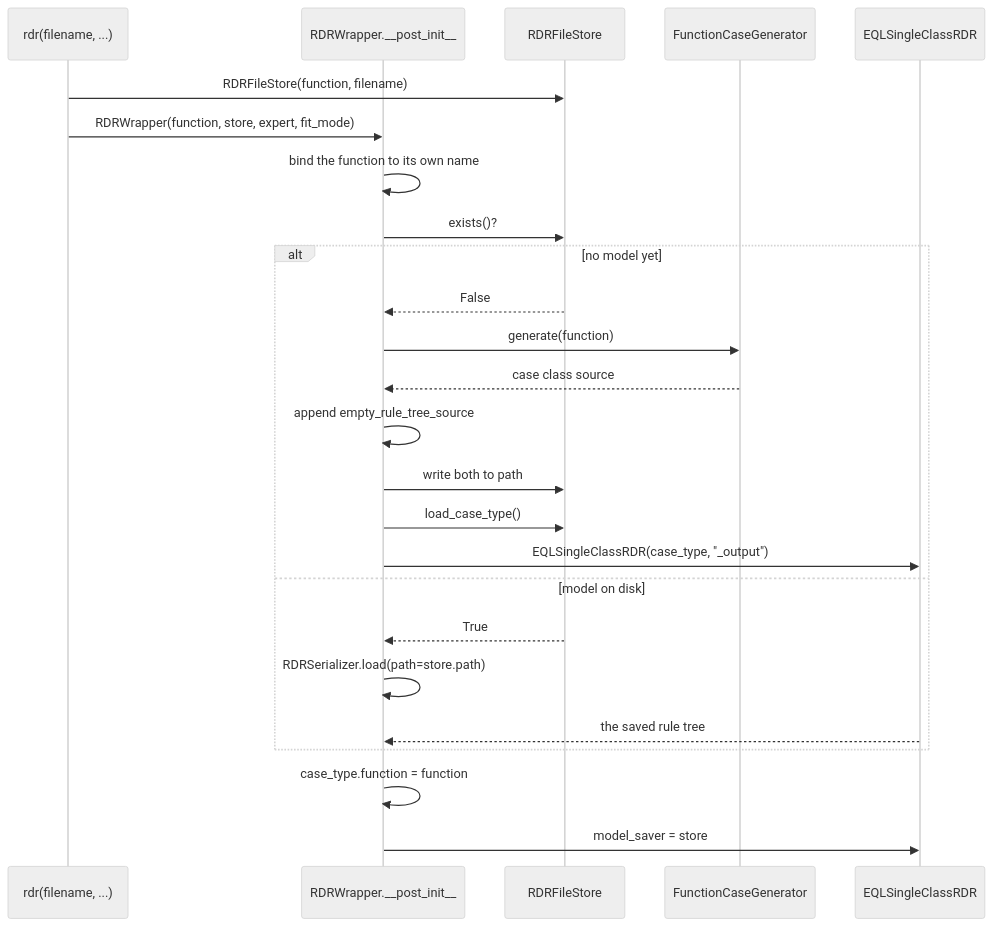
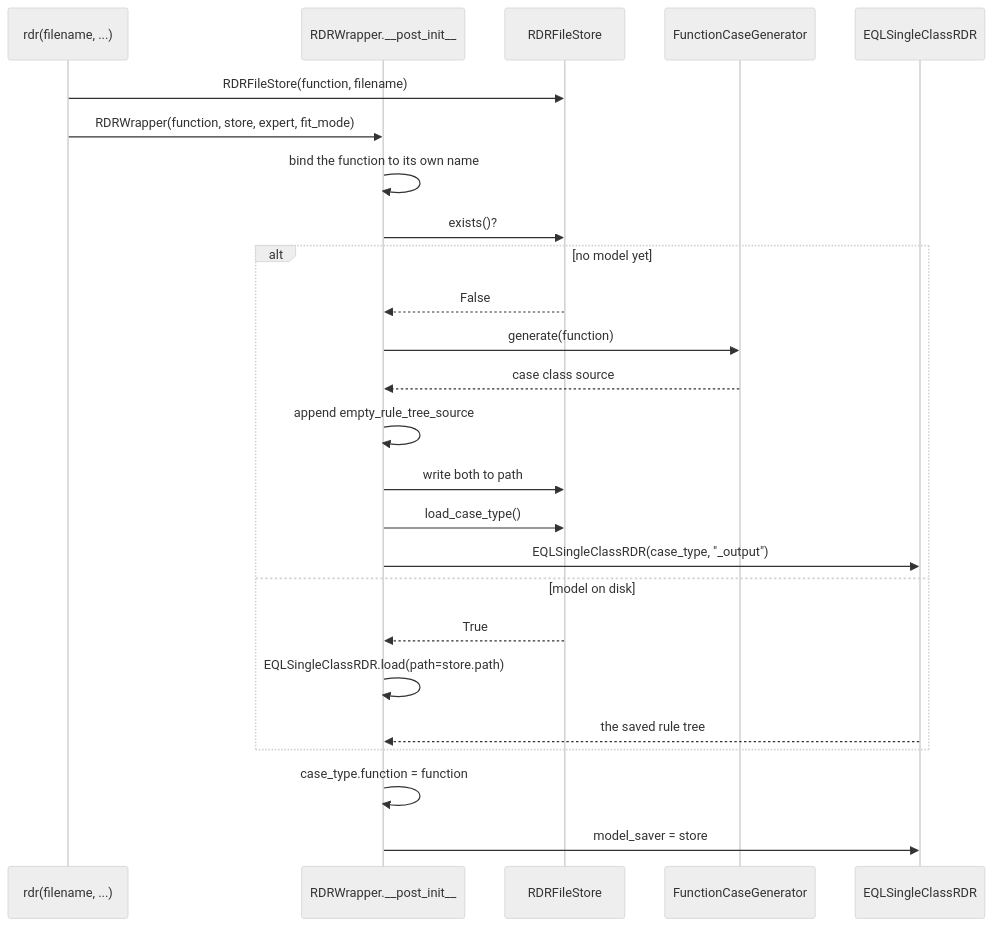
One commit to AbdelrhmanBassiouny/cognitive_robot_abstract_machine changed the diagram in krrood/doc/eql/developer/rdr_decorator.md. Above: the diagram before and after it, drawn with Mermaid (neutral theme). The commit also changed other lines of this file and 3 other files, not shown here.

First line of the commit message:
Load saved RDRs through EQLSingleClassRDR.load

````diff
--- a/krrood/doc/eql/developer/rdr_decorator.md
+++ b/krrood/doc/eql/developer/rdr_decorator.md
@@ -52,28 +52,28 @@
 ```{mermaid}
 sequenceDiagram
     participant Factory as rdr(filename, ...)
     participant Wrapper as RDRWrapper.__post_init__
     participant Store as RDRFileStore
     participant Generator as FunctionCaseGenerator
     participant Tree as EQLSingleClassRDR
 
     Factory->>Store: RDRFileStore(function, filename)
     Factory->>Wrapper: RDRWrapper(function, store, expert, fit_mode)
     Wrapper->>Wrapper: bind the function to its own name
     Wrapper->>Store: exists()?
     alt no model yet
         Store-->>Wrapper: False
         Wrapper->>Generator: generate(function)
         Generator-->>Wrapper: case class source
         Wrapper->>Wrapper: append empty_rule_tree_source
         Wrapper->>Store: write both to path
         Wrapper->>Store: load_case_type()
         Wrapper->>Tree: EQLSingleClassRDR(case_type, "_output")
     else model on disk
         Store-->>Wrapper: True
-        Wrapper->>Wrapper: RDRSerializer.load(path=store.path)
+        Wrapper->>Wrapper: EQLSingleClassRDR.load(path=store.path)
         Tree-->>Wrapper: the saved rule tree
     end
     Wrapper->>Wrapper: case_type.function = function
     Wrapper->>Tree: model_saver = store
 ```
````
